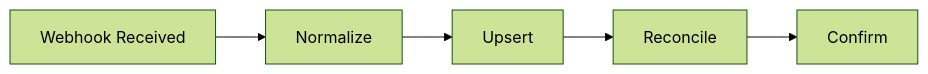
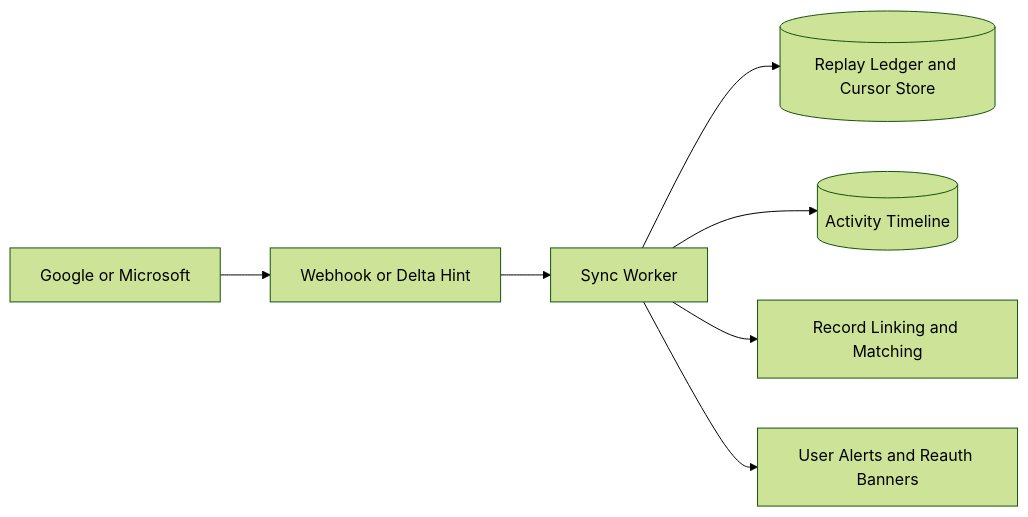
Before and after one commit to 0Ankit0/Project-Ideas: the diagram in Customer Relationship Management Platform/edge-cases/email-calendar-sync.md, drawn with Mermaid (forest theme). The commit also changed other lines of this file and 17 other files, not shown here.

````diff
--- a/Customer Relationship Management Platform/edge-cases/email-calendar-sync.md
+++ b/Customer Relationship Management Platform/edge-cases/email-calendar-sync.md
@@ -35,8 +9,9 @@
 ```mermaid
 flowchart LR
-    A[Webhook Received] --> B[Normalize]
-    B[Normalize] --> C[Upsert]
-    C[Upsert] --> D[Reconcile]
-    D[Reconcile] --> E[Confirm]
-    E[Confirm]
+    Provider[Google or Microsoft] --> Webhook[Webhook or Delta Hint]
+    Webhook --> Sync[Sync Worker]
+    Sync --> Ledger[(Replay Ledger and Cursor Store)]
+    Sync --> Timeline[(Activity Timeline)]
+    Sync --> Links[Record Linking and Matching]
+    Sync --> Alerts[User Alerts and Reauth Banners]
 ```
````
